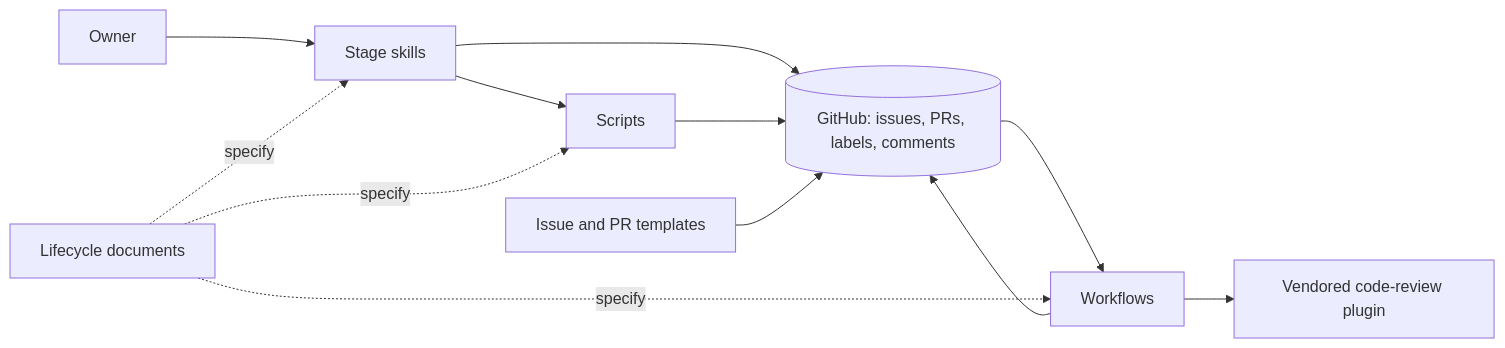
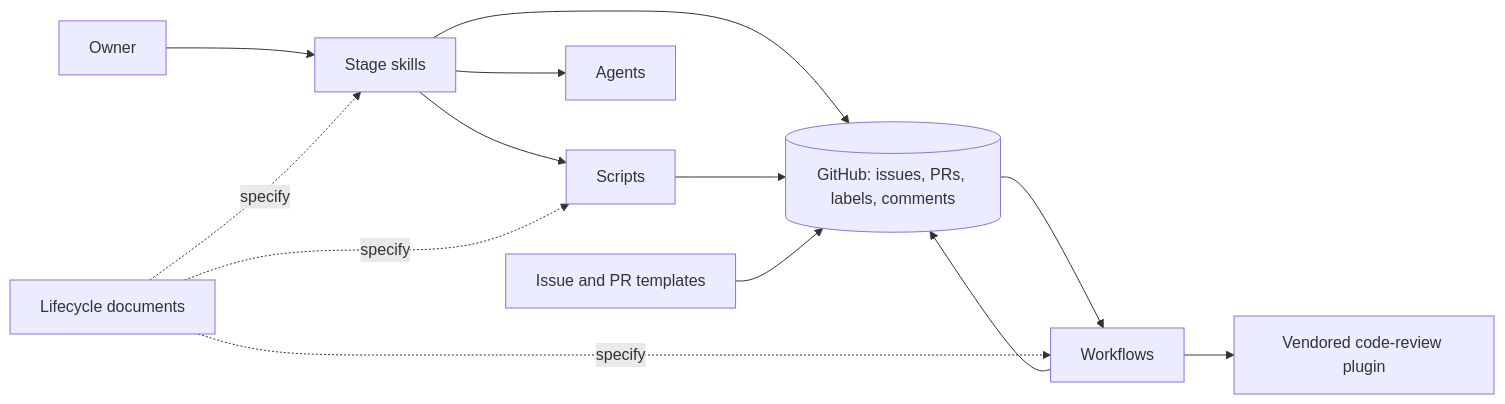
Before and after one commit to schalkje/Gimli: the diagram in docs/architecture/README.md, drawn with Mermaid. The commit also changed other lines of this file and 24 other files, not shown here.

````diff
--- a/docs/architecture/README.md
+++ b/docs/architecture/README.md
@@ -13,14 +13,15 @@
 ```mermaid
 flowchart LR
 	person[Owner] --> skills[Stage skills]
 	skills --> scripts[Scripts]
+	skills --> agents[Agents]
 	skills --> github[(GitHub: issues, PRs, labels, comments)]
 	scripts --> github
 	templates[Issue and PR templates] --> github
 	github --> workflows[Workflows]
 	workflows --> plugin[Vendored code-review plugin]
 	workflows --> github
 	docs[Lifecycle documents] -. specify .-> skills
 	docs -. specify .-> scripts
 	docs -. specify .-> workflows
 ```
````
